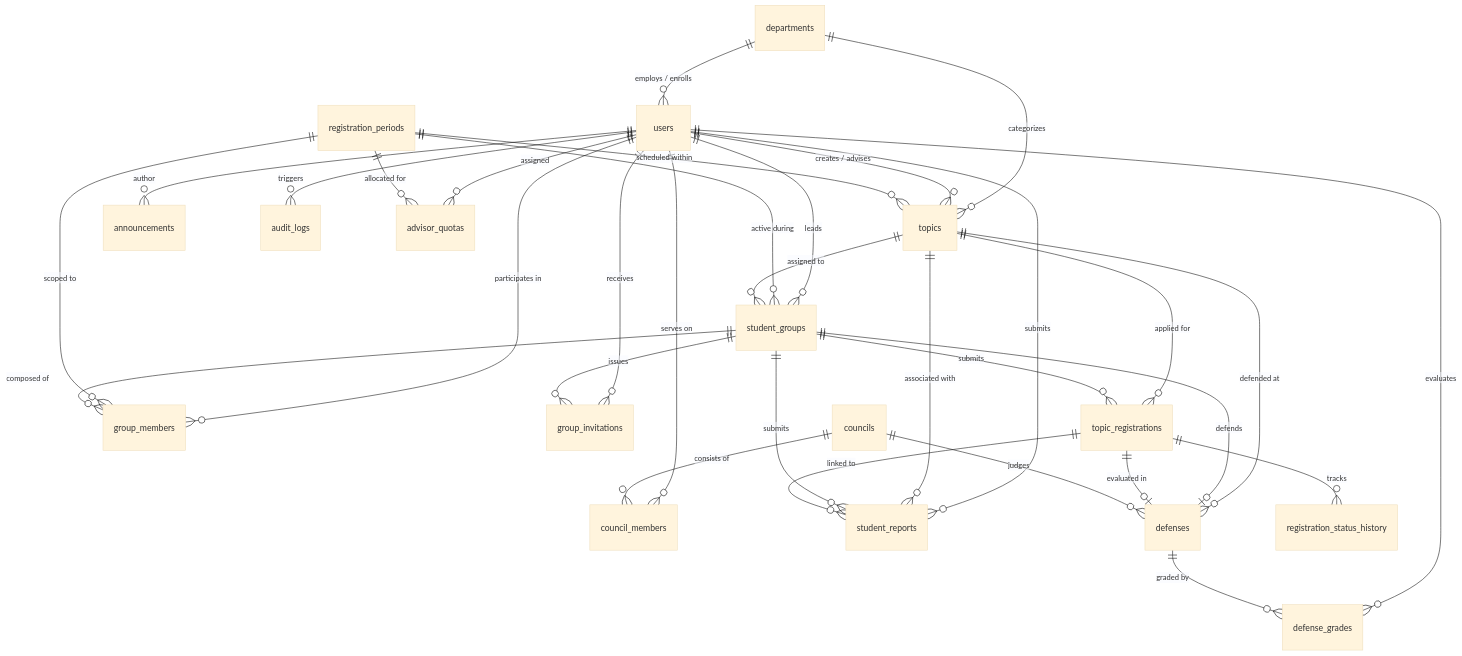
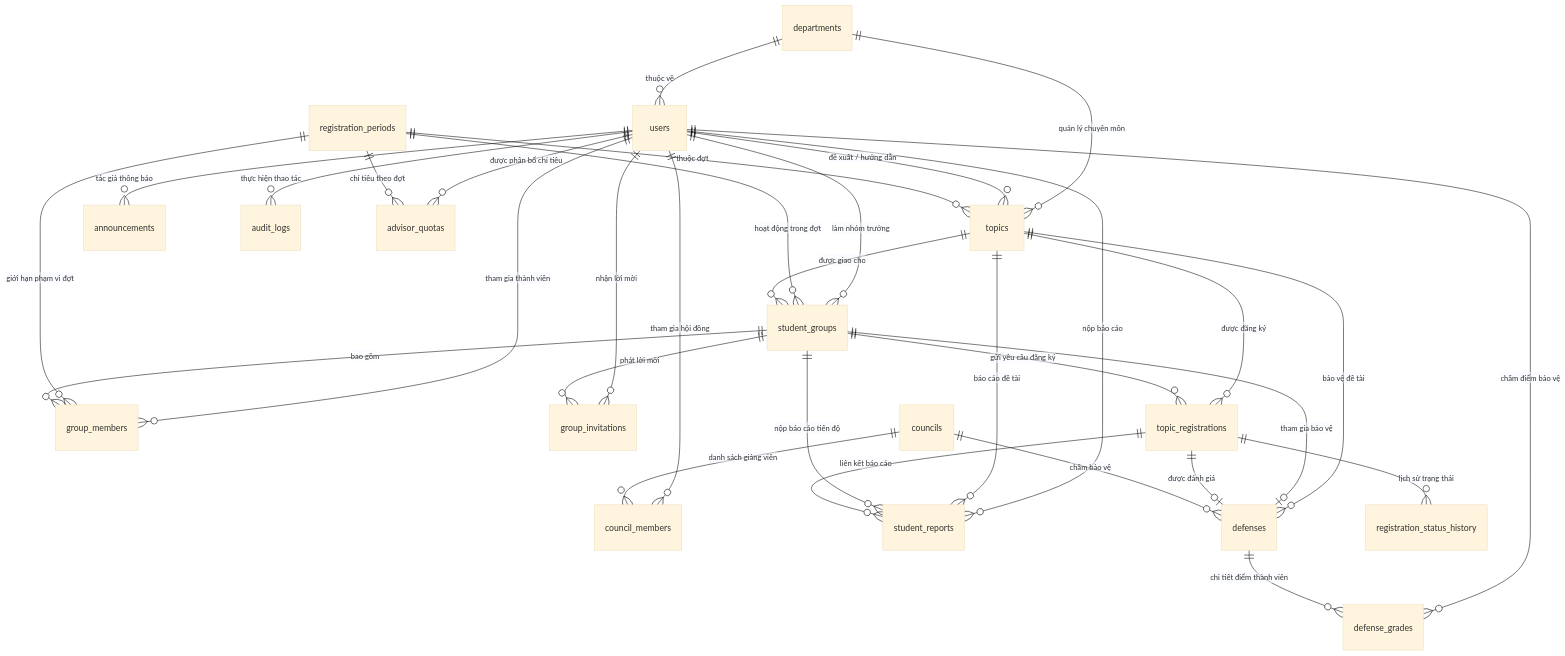
Before and after one commit to leminhhuy-ute/Web-Programming-WEPR330479-: the diagram in docs/DATABASE_DESIGN.md, drawn with Mermaid (base theme). The commit also changed other lines of this file and 18 other files, not shown here.

````diff
--- a/docs/DATABASE_DESIGN.md
+++ b/docs/DATABASE_DESIGN.md
@@ -16,41 +16,41 @@
 ```mermaid
 erDiagram
-    departments ||--o{ users : "employs / enrolls"
-    departments ||--o{ topics : "categorizes"
+    departments ||--o{ users : "thuộc về"
+    departments ||--o{ topics : "quản lý chuyên môn"
     
-    users ||--o{ topics : "creates / advises"
-    users ||--o{ student_groups : "leads"
-    users ||--o{ group_members : "participates in"
-    users ||--o{ group_invitations : "receives"
-    users ||--o{ council_members : "serves on"
-    users ||--o{ defense_grades : "evaluates"
-    users ||--o{ student_reports : "submits"
-    users ||--o{ announcements : "author"
-    users ||--o{ audit_logs : "triggers"
-    users ||--o{ advisor_quotas : "assigned"
+    users ||--o{ topics : "đề xuất / hướng dẫn"
+    users ||--o{ student_groups : "làm nhóm trưởng"
+    users ||--o{ group_members : "tham gia thành viên"
+    users ||--o{ group_invitations : "nhận lời mời"
+    users ||--o{ council_members : "tham gia hội đồng"
+    users ||--o{ defense_grades : "chấm điểm bảo vệ"
+    users ||--o{ student_reports : "nộp báo cáo"
+    users ||--o{ announcements : "tác giả thông báo"
+    users ||--o{ audit_logs : "thực hiện thao tác"
+    users ||--o{ advisor_quotas : "được phân bổ chỉ tiêu"
 
-    registration_periods ||--o{ topics : "scheduled within"
-    registration_periods ||--o{ student_groups : "active during"
-    registration_periods ||--o{ group_members : "scoped to"
-    registration_periods ||--o{ advisor_quotas : "allocated for"
+    registration_periods ||--o{ topics : "thuộc đợt"
+    registration_periods ||--o{ student_groups : "hoạt động trong đợt"
+    registration_periods ||--o{ group_members : "giới hạn phạm vi đợt"
+    registration_periods ||--o{ advisor_quotas : "chỉ tiêu theo đợt"
 
-    topics ||--o{ student_groups : "assigned to"
-    topics ||--o{ topic_registrations : "applied for"
-    topics ||--o{ student_reports : "associated with"
-    topics ||--o{ defenses : "defended at"
+    topics ||--o{ student_groups : "được giao cho"
+    topics ||--o{ topic_registrations : "được đăng ký"
+    topics ||--o{ student_reports : "báo cáo đề tài"
+    topics ||--o{ defenses : "bảo vệ đề tài"
 
-    student_groups ||--o{ group_members : "composed of"
-    student_groups ||--o{ group_invitations : "issues"
-    student_groups ||--o{ topic_registrations : "submits"
-    student_groups ||--o{ student_reports : "submits"
-    student_groups ||--o| defenses : "defends"
+    student_groups ||--o{ group_members : "bao gồm"
+    student_groups ||--o{ group_invitations : "phát lời mời"
+    student_groups ||--o{ topic_registrations : "gửi yêu cầu đăng ký"
+    student_groups ||--o{ student_reports : "nộp báo cáo tiến độ"
+    student_groups ||--o| defenses : "tham gia bảo vệ"
 
-    topic_registrations ||--o{ registration_status_history : "tracks"
-    topic_registrations ||--o{ student_reports : "linked to"
-    topic_registrations ||--o| defenses : "evaluated in"
+    topic_registrations ||--o{ registration_status_history : "lịch sử trạng thái"
+    topic_registrations ||--o{ student_reports : "liên kết báo cáo"
+    topic_registrations ||--o| defenses : "được đánh giá"
 
-    councils ||--o{ council_members : "consists of"
-    councils ||--o{ defenses : "judges"
+    councils ||--o{ council_members : "danh sách giảng viên"
+    councils ||--o{ defenses : "chấm bảo vệ"
 
-    defenses ||--o{ defense_grades : "graded by"
+    defenses ||--o{ defense_grades : "chi tiết điểm thành viên"
 ```
````
